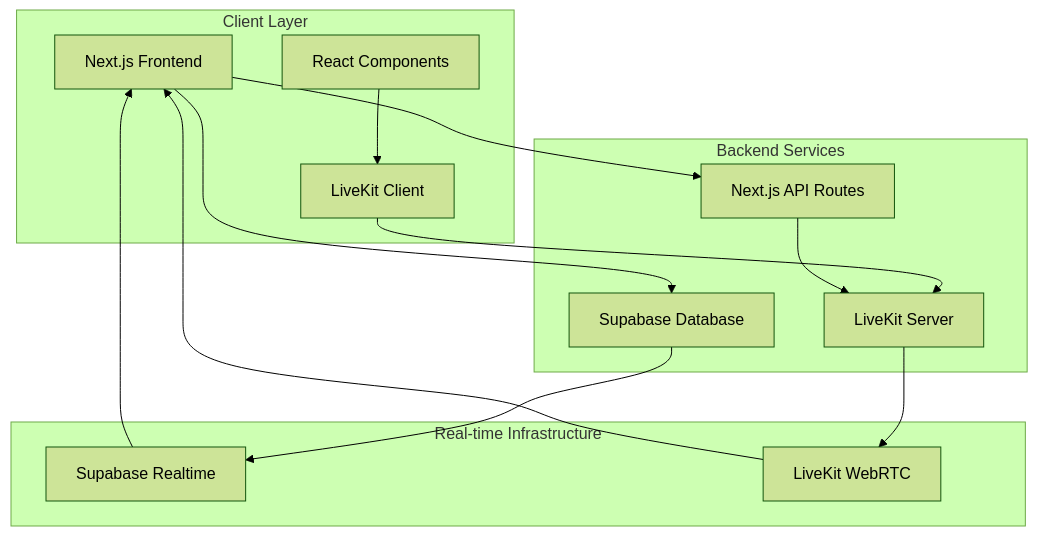
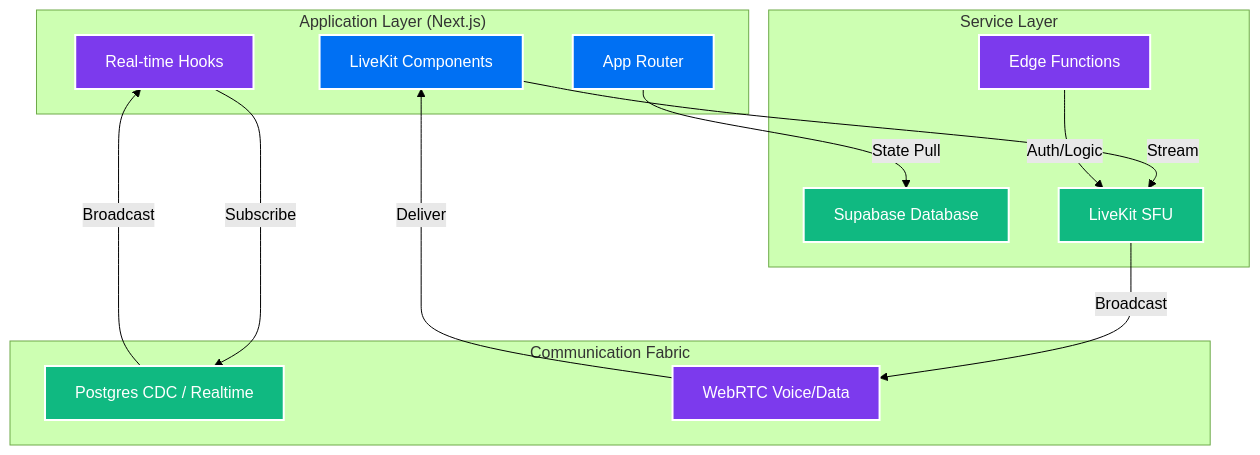
The first of 4 diagrams in README.md (MarkeloPuangpoo/loodpak), drawn with Mermaid (forest theme) before and after one commit. The commit also changed other lines of this file, not shown here.

````diff
--- a/README.md
+++ b/README.md
@@ -76,29 +87,31 @@
 ```mermaid
-graph TB
-    subgraph "Client Layer"
-        A[Next.js Frontend]
-        B[React Components]
-        C[LiveKit Client]
+graph TD
+    classDef frontend fill:#0070f3,stroke:#fff,stroke-width:2px,color:#fff;
+    classDef logic fill:#7c3aed,stroke:#fff,stroke-width:2px,color:#fff;
+    classDef infrastructure fill:#10b981,stroke:#fff,stroke-width:2px,color:#fff;
+
+    subgraph "Application Layer (Next.js)"
+        A[App Router]:::frontend
+        B[Real-time Hooks]:::logic
+        C[LiveKit Components]:::frontend
     end
     
-    subgraph "Backend Services"
-        D[Supabase Database]
-        E[LiveKit Server]
-        F[Next.js API Routes]
+    subgraph "Service Layer"
+        D[Supabase Database]:::infrastructure
+        E[LiveKit SFU]:::infrastructure
+        F[Edge Functions]:::logic
     end
     
-    subgraph "Real-time Infrastructure"
-        G[Supabase Realtime]
-        H[LiveKit WebRTC]
+    subgraph "Communication Fabric"
+        G[Postgres CDC / Realtime]:::infrastructure
+        H[WebRTC Voice/Data]:::logic
     end
     
-    A --> D
-    A --> F
-    B --> C
-    C --> E
-    F --> E
-    D --> G
-    E --> H
-    G --> A
-    H --> A
+    A -->|State Pull| D
+    B -->|Subscribe| G
+    G -->|Broadcast| B
+    C -->|Stream| E
+    E -->|Broadcast| H
+    H -->|Deliver| C
+    F -->|Auth/Logic| E
 ```
````
